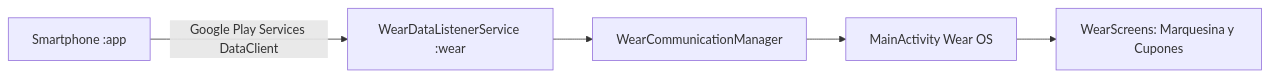
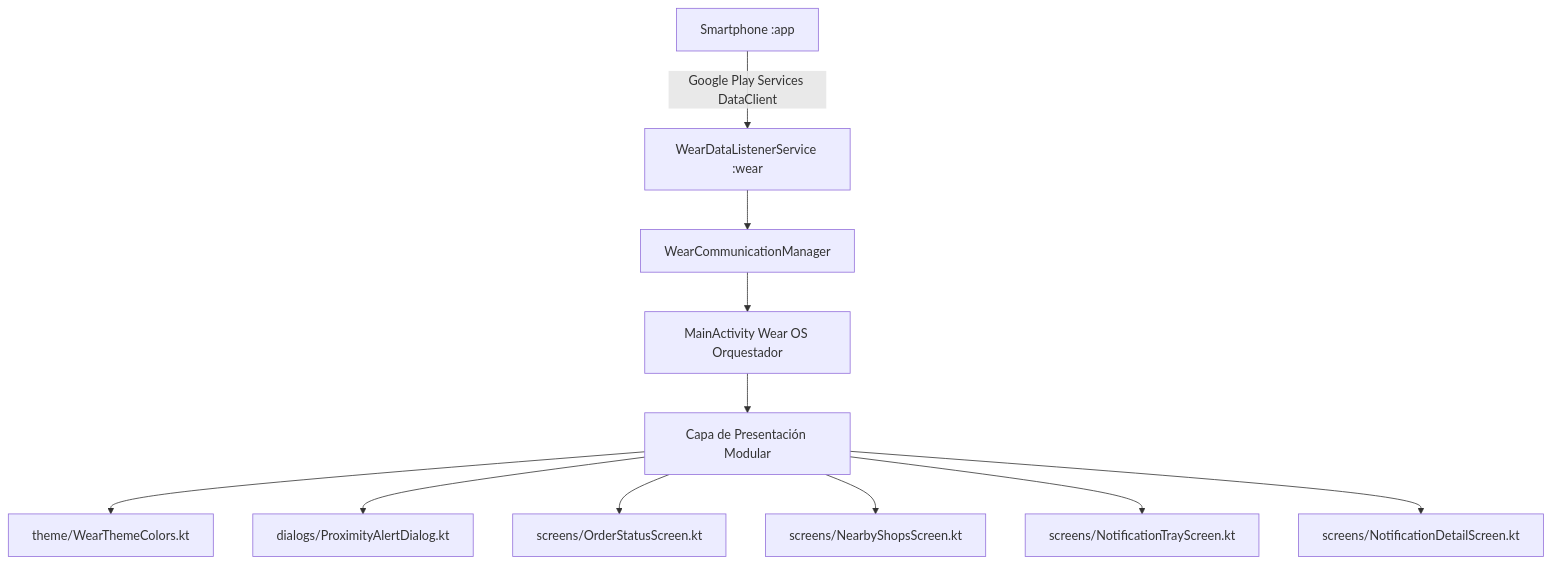
Before and after one commit to PaolaLpez/SnowTrail: the diagram in wear/README.md, drawn with Mermaid. The commit also changed other lines of this file and 135 other files, not shown here.

Commit message:
Refactor: Modularización del módulo :wear en screens/, theme/ y dialogs/ + actualización de README

````diff
--- a/wear/README.md
+++ b/wear/README.md
@@ -8,7 +8,13 @@
 ```mermaid
-graph LR
+graph TD
     A[Smartphone :app] -->|Google Play Services DataClient| B[WearDataListenerService :wear]
     B --> C[WearCommunicationManager]
-    C --> D[MainActivity Wear OS]
-    D --> E[WearScreens: Marquesina y Cupones]
+    C --> D[MainActivity Wear OS Orquestador]
+    D --> E[Capa de Presentación Modular]
+    E --> F[theme/WearThemeColors.kt]
+    E --> G[dialogs/ProximityAlertDialog.kt]
+    E --> H[screens/OrderStatusScreen.kt]
+    E --> I[screens/NearbyShopsScreen.kt]
+    E --> J[screens/NotificationTrayScreen.kt]
+    E --> K[screens/NotificationDetailScreen.kt]
 ```
````
